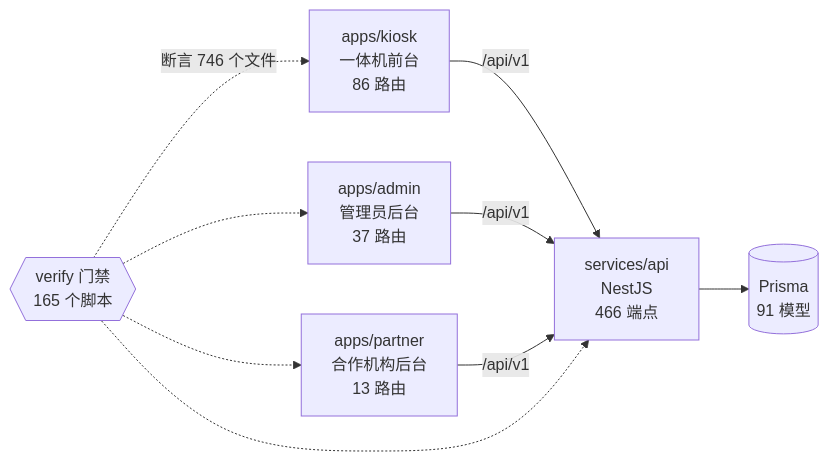
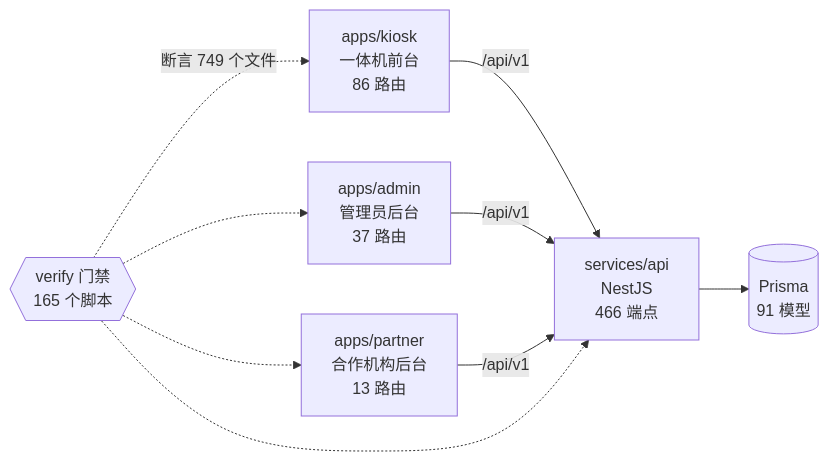
Before and after one commit to wanglei581/YITIJI: the diagram in docs/graph/README.md, drawn with Mermaid. The commit also changed other lines of this file and 21 other files, not shown here.

````diff
--- a/docs/graph/README.md
+++ b/docs/graph/README.md
@@ -68,18 +68,18 @@
 ```mermaid
 flowchart LR
   kiosk["apps/kiosk<br/>一体机前台<br/>86 路由"]
   admin["apps/admin<br/>管理员后台<br/>37 路由"]
   partner["apps/partner<br/>合作机构后台<br/>13 路由"]
   api["services/api<br/>NestJS<br/>466 端点"]
   db[("Prisma<br/>91 模型")]
   gates{{"verify 门禁<br/>165 个脚本"}}
 
   kiosk -->|"/api/v1"| api
   admin -->|"/api/v1"| api
   partner -->|"/api/v1"| api
   api --> db
-  gates -.->|"断言 746 个文件"| kiosk
+  gates -.->|"断言 749 个文件"| kiosk
   gates -.-> admin
   gates -.-> partner
   gates -.-> api
 ```
````
